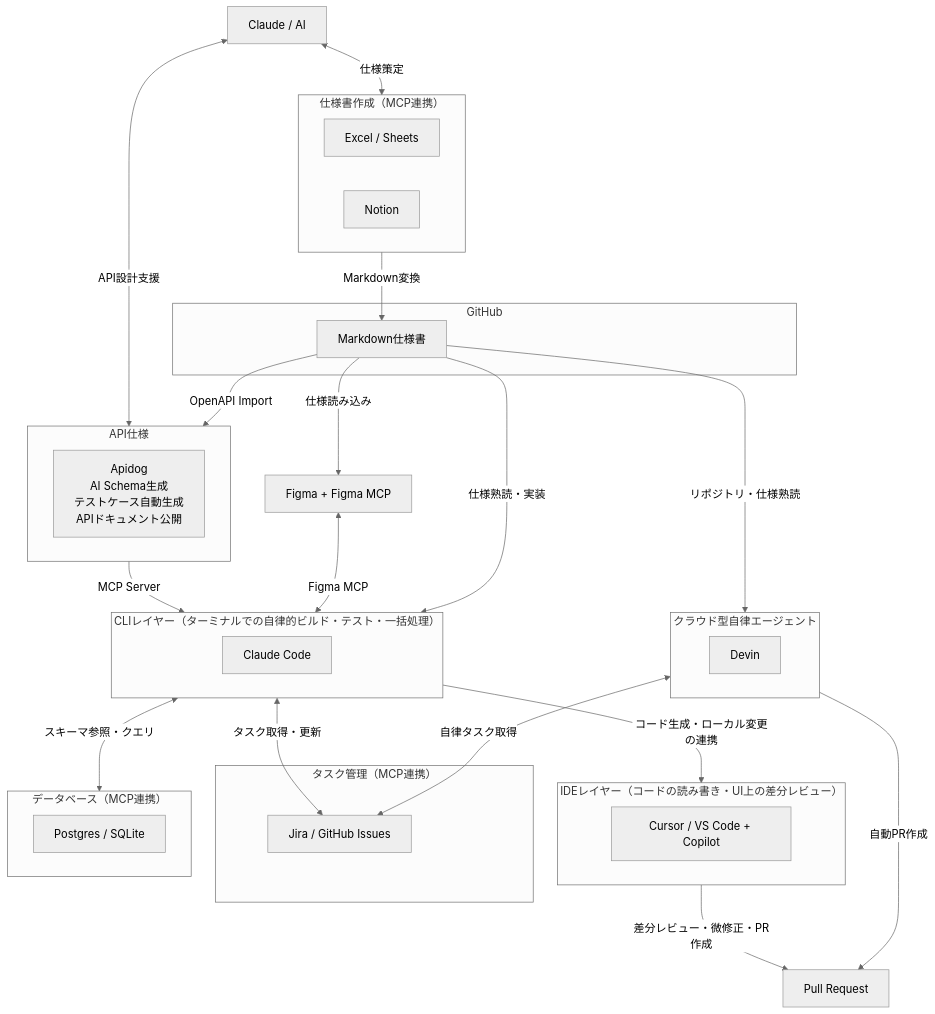
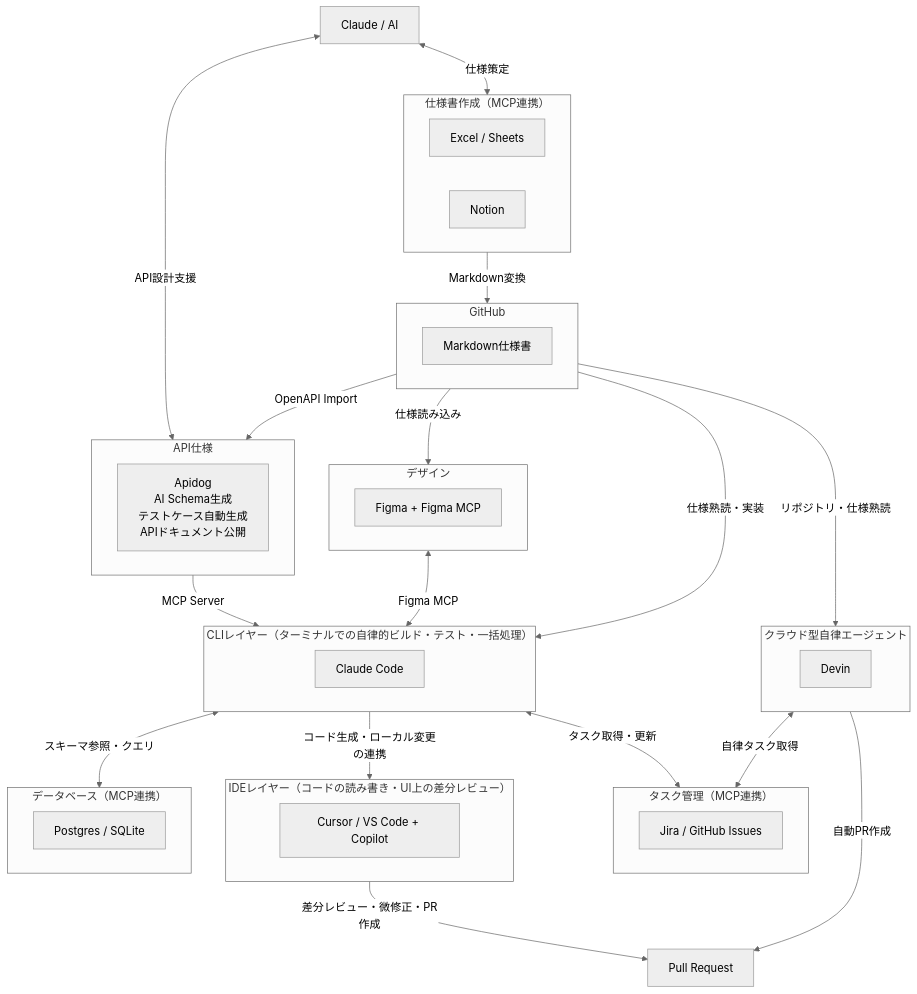
The first of 20 diagrams in AI駆動開発.md (takuma39/ai), drawn with Mermaid (neutral theme) before and after one commit.

Commit message:
update: AI駆動開発.mdを更新

````diff
--- a/AI駆動開発.md
+++ b/AI駆動開発.md
@@ -70,54 +70,58 @@
 ```mermaid
 graph TD
     Claude["Claude / AI"]
 
     subgraph specs["仕様書作成（MCP連携）"]
         Excel["Excel / Sheets"]
         NotionTool["Notion"]
     end
 
     subgraph github["GitHub"]
         MD["Markdown仕様書"]
     end
 
     subgraph tasks["タスク管理（MCP連携）"]
         Jira["Jira / GitHub Issues"]
     end
     subgraph apispec["API仕様"]
         Apidog["Apidog<br/>AI Schema生成<br/>テストケース自動生成<br/>APIドキュメント公開"]
     end
 
-    Figma["Figma + Figma MCP"]
+    subgraph figma_ui["デザイン"]
+        Figma["Figma + Figma MCP"]
+    end
 
     subgraph ide["IDEレイヤー（コードの読み書き・UI上の差分レビュー）"]
         Cursor["Cursor / VS Code + Copilot"]
     end
 
     subgraph cli["CLIレイヤー（ターミナルでの自律的ビルド・テスト・一括処理）"]
         CC["Claude Code"]
     end
 
     subgraph saas_agent["クラウド型自律エージェント"]
         Devin["Devin"]
     end
 
     subgraph database["データベース（MCP連携）"]
         DB["Postgres / SQLite"]
     end
 
+    PR["Pull Request"]
+
     Claude <-->|"仕様策定"| specs
     Claude <-->|"API設計支援"| apispec
-    cli <-->|"タスク取得・更新"| Jira
-    saas_agent <-->|"自律タスク取得"| Jira
-    specs -->|"Markdown変換"| MD
-    MD -->|"OpenAPI Import"| apispec
+    cli <-->|"タスク取得・更新"| tasks
+    saas_agent <-->|"自律タスク取得"| tasks
+    specs -->|"Markdown変換"| github
+    github -->|"OpenAPI Import"| apispec
     apispec -->|"MCP Server"| cli
-    MD -->|"仕様読み込み"| Figma
-    Figma <-->|"Figma MCP"| cli
-    MD -->|"仕様熟読・実装"| cli
-    MD -->|"リポジトリ・仕様熟読"| saas_agent
+    github -->|"仕様読み込み"| figma_ui
+    figma_ui <-->|"Figma MCP"| cli
+    github -->|"仕様熟読・実装"| cli
+    github -->|"リポジトリ・仕様熟読"| saas_agent
     cli <-->|"スキーマ参照・クエリ"| database
     cli -->|"コード生成・ローカル変更の連携"| ide
-    ide -->|"差分レビュー・微修正・PR作成"| PR["Pull Request"]
+    ide -->|"差分レビュー・微修正・PR作成"| PR
     saas_agent -->|"自動PR作成"| PR
 ```
````
